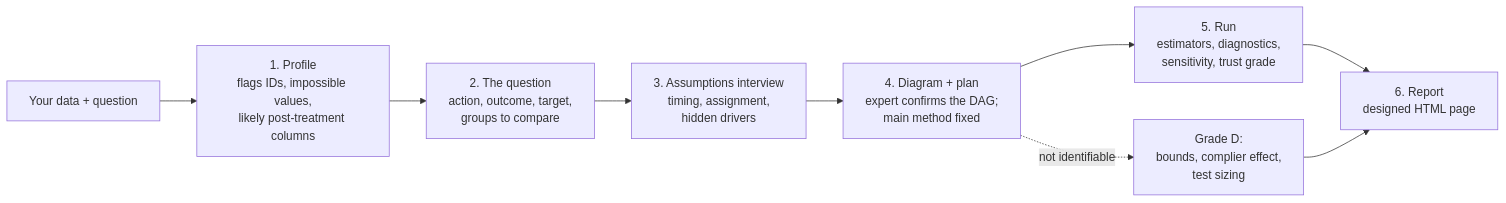
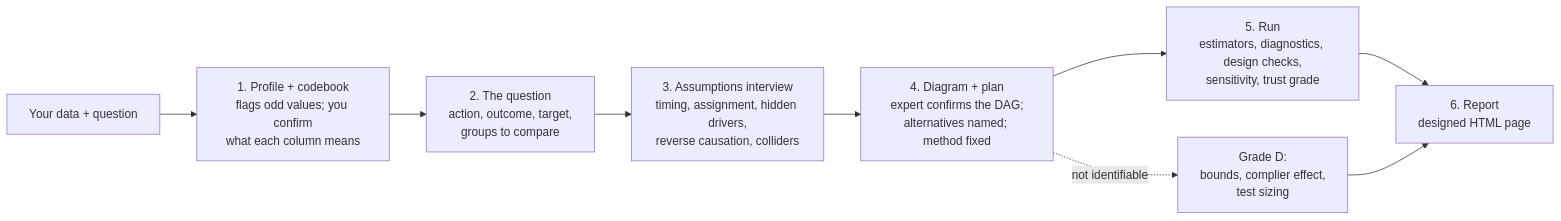
The diagram in README.md (kiritbasu/causal-analyst), drawn with Mermaid before and after one commit. The commit also changed other lines of this file and 41 other files, not shown here.

First line of the commit message:
v0.2.0: check the diagram itself

````diff
--- a/README.md
+++ b/README.md
@@ -129,11 +138,11 @@
 ```mermaid
 flowchart LR
-  A[Your data + question] --> B[1. Profile<br/>flags IDs, impossible values,<br/>likely post-treatment columns]
+  A[Your data + question] --> B[1. Profile + codebook<br/>flags odd values; you confirm<br/>what each column means]
   B --> C[2. The question<br/>action, outcome, target,<br/>groups to compare]
-  C --> D[3. Assumptions interview<br/>timing, assignment,<br/>hidden drivers]
-  D --> E[4. Diagram + plan<br/>expert confirms the DAG;<br/>main method fixed]
-  E --> F[5. Run<br/>estimators, diagnostics,<br/>sensitivity, trust grade]
+  C --> D[3. Assumptions interview<br/>timing, assignment, hidden drivers,<br/>reverse causation, colliders]
+  D --> E[4. Diagram + plan<br/>expert confirms the DAG;<br/>alternatives named; method fixed]
+  E --> F[5. Run<br/>estimators, diagnostics, design checks,<br/>sensitivity, trust grade]
   F --> G[6. Report<br/>designed HTML page]
   E -. not identifiable .-> H[Grade D:<br/>bounds, complier effect,<br/>test sizing]
   H --> G
 ```
````
